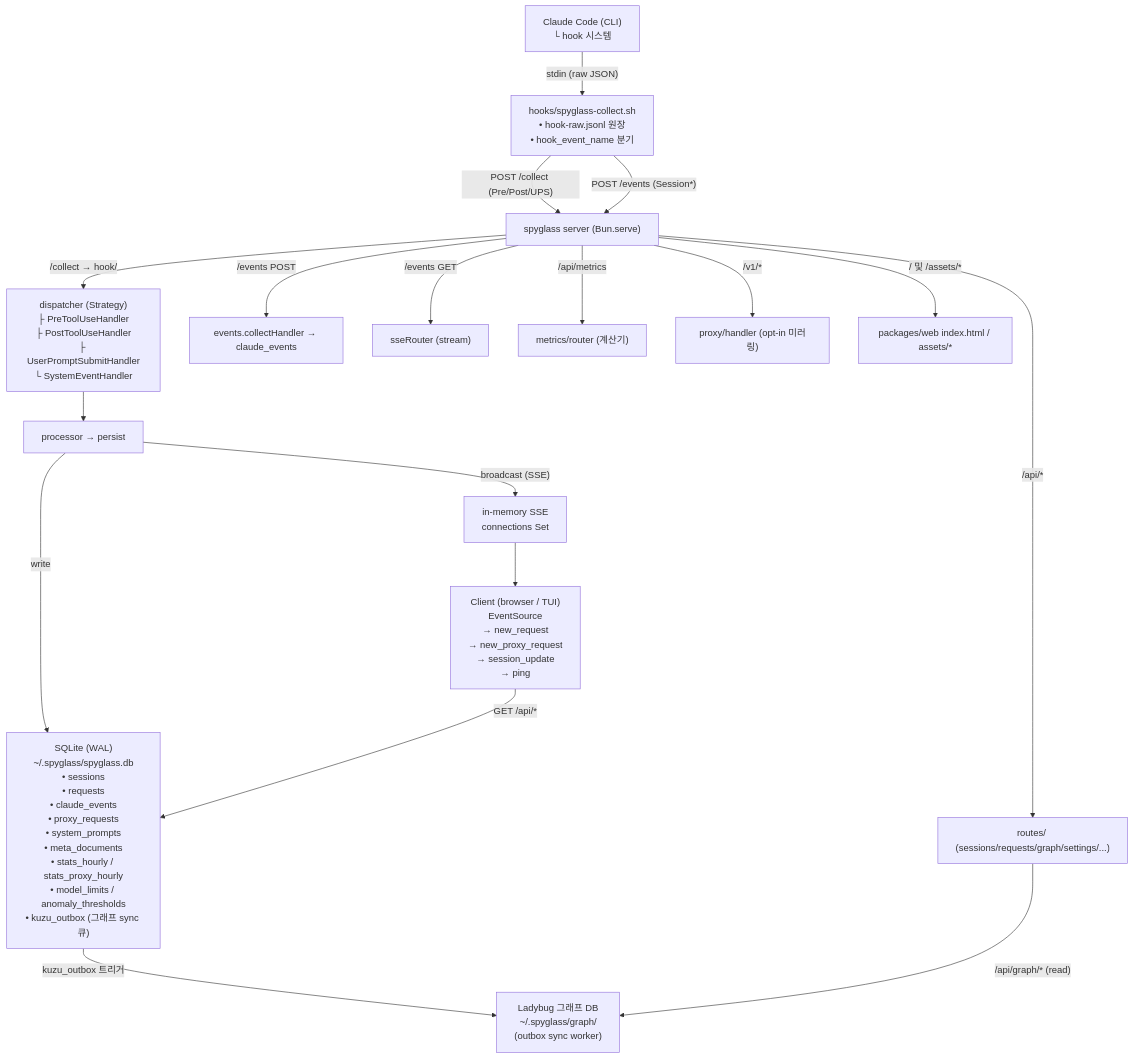
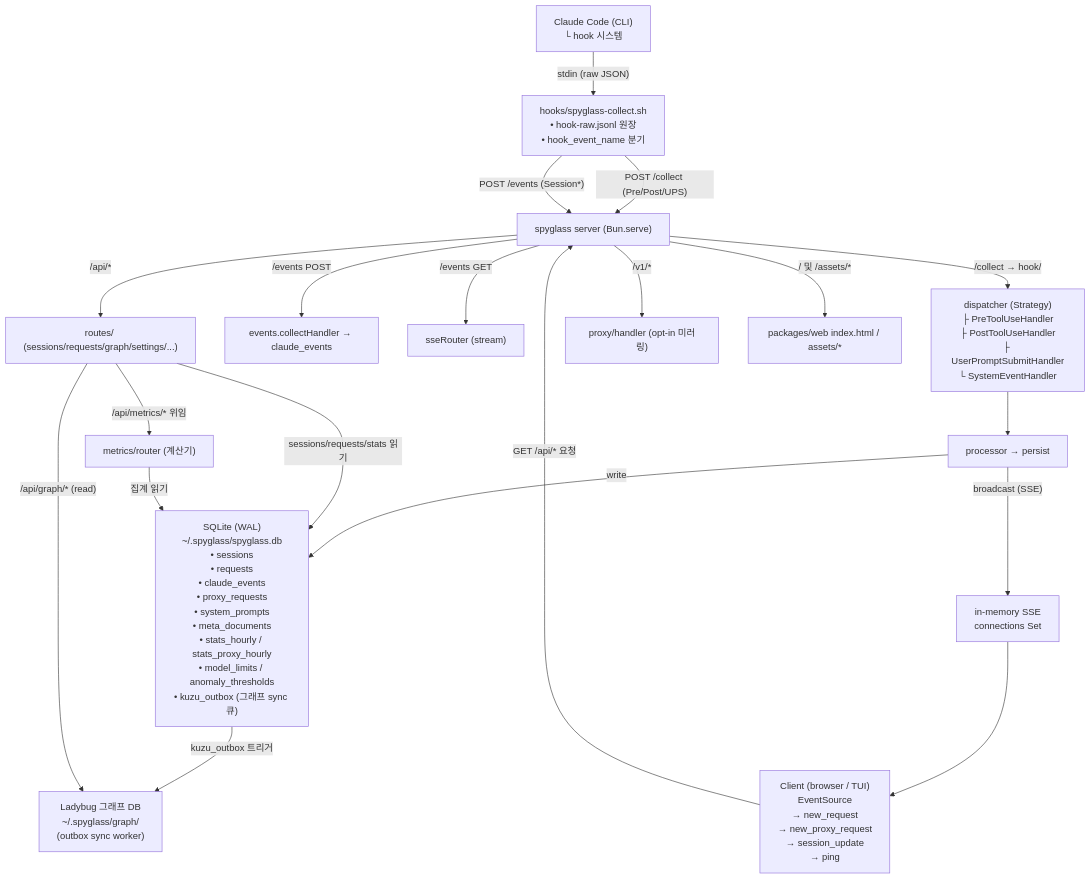
Before and after one commit to gmoon92/claude-spyglass: the first of 9 diagrams in docs/architecture/architecture.md, drawn with Mermaid. The commit also changed other lines of this file and 9 other files, not shown here.

Commit message:
docs(architecture): 아키텍처 문서 소스 기준 현행화

````diff
--- a/docs/architecture/architecture.md
+++ b/docs/architecture/architecture.md
@@ -100,38 +100,40 @@
 ```mermaid
 flowchart TD
     CC["Claude Code (CLI)\n└ hook 시스템"]
     COLLECT["hooks/spyglass-collect.sh\n• hook-raw.jsonl 원장\n• hook_event_name 분기"]
     SERVER["spyglass server (Bun.serve)"]
     DISPATCHER["dispatcher (Strategy)\n├ PreToolUseHandler\n├ PostToolUseHandler\n├ UserPromptSubmitHandler\n└ SystemEventHandler"]
     PROC["processor → persist"]
     CE["events.collectHandler → claude_events"]
     SSE_ROUTER["sseRouter (stream)"]
     ROUTES["routes/ (sessions/requests/graph/settings/...)"]
     METRICS["metrics/router (계산기)"]
     PROXY_H["proxy/handler (opt-in 미러링)"]
     WEB_STATIC["packages/web index.html / assets/*"]
     SQLITE["SQLite (WAL)\n~/.spyglass/spyglass.db\n• sessions\n• requests\n• claude_events\n• proxy_requests\n• system_prompts\n• meta_documents\n• stats_hourly / stats_proxy_hourly\n• model_limits / anomaly_thresholds\n• kuzu_outbox (그래프 sync 큐)"]
     GRAPH["Ladybug 그래프 DB\n~/.spyglass/graph/\n(outbox sync worker)"]
     SSE_SET["in-memory SSE\nconnections Set"]
     CLIENT["Client (browser / TUI)\nEventSource\n→ new_request\n→ new_proxy_request\n→ session_update\n→ ping"]
 
     CC -->|"stdin (raw JSON)"| COLLECT
     COLLECT -->|"POST /collect (Pre/Post/UPS)"| SERVER
     COLLECT -->|"POST /events (Session*)"| SERVER
 
     SERVER --> |"/collect → hook/"| DISPATCHER
     DISPATCHER --> PROC
     PROC -->|write| SQLITE
     SERVER --> |"/events POST"| CE
     SERVER --> |"/events GET"| SSE_ROUTER
     SERVER --> |"/api/*"| ROUTES
-    SERVER --> |"/api/metrics"| METRICS
+    ROUTES --> |"/api/metrics/* 위임"| METRICS
     SERVER --> |"/v1/*"| PROXY_H
     SERVER --> |"/ 및 /assets/*"| WEB_STATIC
 
     PROC -->|"broadcast (SSE)"| SSE_SET
     SSE_SET --> CLIENT
-    CLIENT -->|"GET /api/*"| SQLITE
+    CLIENT -->|"GET /api/* 요청"| SERVER
+    ROUTES -->|"sessions/requests/stats 읽기"| SQLITE
+    METRICS -->|"집계 읽기"| SQLITE
     SQLITE -->|"kuzu_outbox 트리거"| GRAPH
     ROUTES -->|"/api/graph/* (read)"| GRAPH
 ```
````
